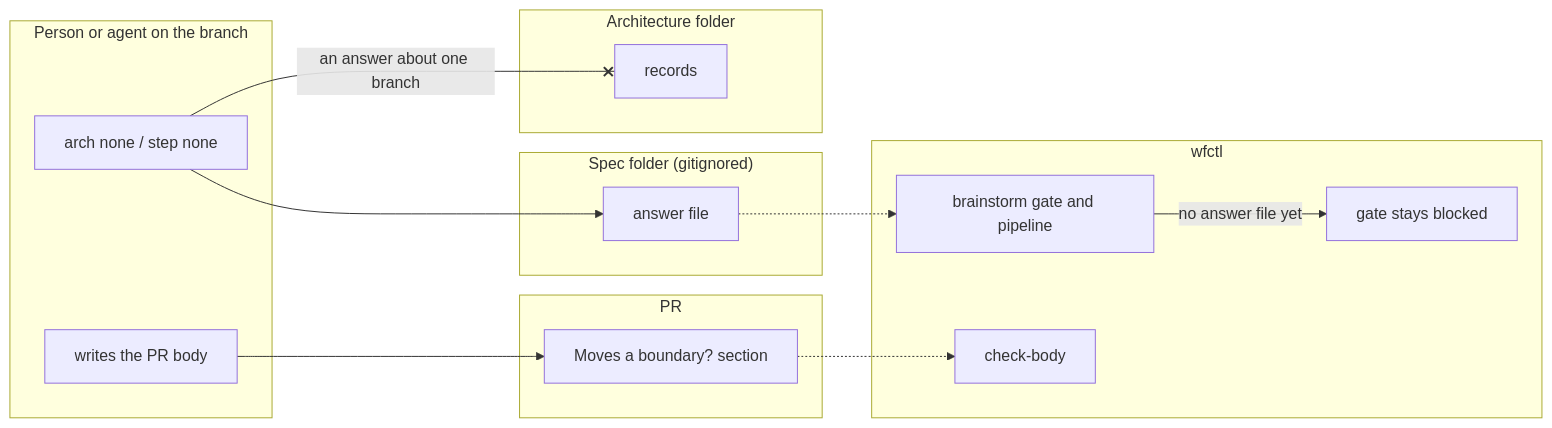
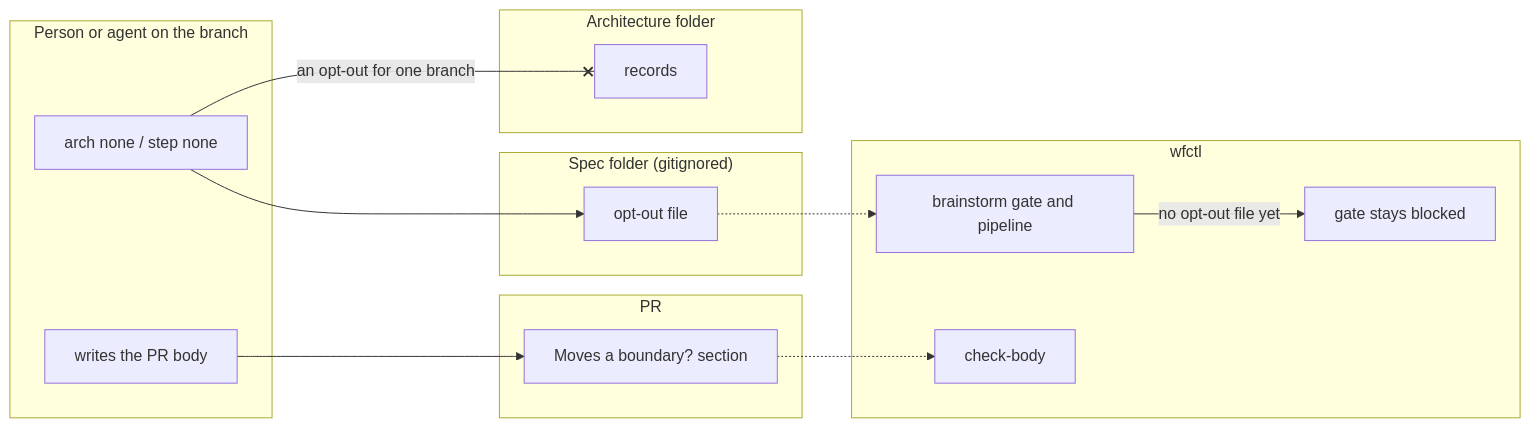
The diagram in docs/architecture/branch-claims-live-with-specs.md (aamarin/wfctl), drawn with Mermaid before and after one commit. The commit also changed other lines of this file, not shown here.

First line of the commit message:
docs(arch): name the branch-claims record's subject "opt-outs"

````diff
--- a/docs/architecture/branch-claims-live-with-specs.md
+++ b/docs/architecture/branch-claims-live-with-specs.md
@@ -81,27 +82,27 @@
 ```mermaid
 flowchart LR
   subgraph person["Person or agent on the branch"]
     none["arch none / step none"]
     body["writes the PR body"]
   end
   subgraph spec["Spec folder (gitignored)"]
-    file["answer file"]
+    file["opt-out file"]
   end
   subgraph wfctl["wfctl"]
     gate["brainstorm gate and pipeline"]
     blocked["gate stays blocked"]
     check["check-body"]
   end
   subgraph pr["PR"]
     section["Moves a boundary? section"]
   end
   subgraph arch["Architecture folder"]
     records["records"]
   end
   none --> file
   file -.-> gate
-  gate -- "no answer file yet" --> blocked
+  gate -- "no opt-out file yet" --> blocked
   body --> section
   section -.-> check
-  none -- "an answer about one branch" --x records
+  none -- "an opt-out for one branch" --x records
 ```
````
